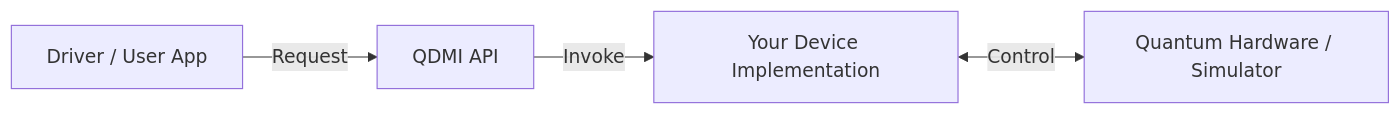
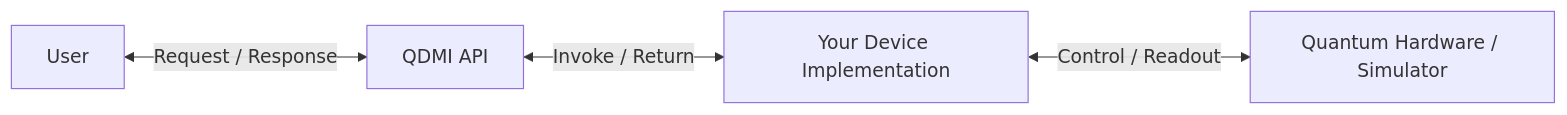
Before and after one commit to Munich-Quantum-Software-Stack/QDMI: the first of 4 diagrams in docs/tutorial.md, drawn with Mermaid. The commit also changed other lines of this file and 3 other files, not shown here.

````diff
--- a/docs/tutorial.md
+++ b/docs/tutorial.md
@@ -7,9 +7,9 @@
 ```mermaid
 graph LR
     accTitle: QDMI Architecture Overview
     accDescr: High-level diagram showing data flow from a Driver through the QDMI API to your Device Implementation and finally to the hardware.
 
-    Driver[Driver / User App] -->|Request| API[QDMI API]
-    API -->|Invoke| Device[Your Device Implementation]
-    Device <-->|Control| HW[Quantum Hardware / Simulator]
+    Driver[User] <-->|Request / Response| API[QDMI API]
+    API <-->|Invoke / Return| Device[Your Device Implementation]
+    Device <-->|Control / Readout| HW[Quantum Hardware / Simulator]
 ```
````
